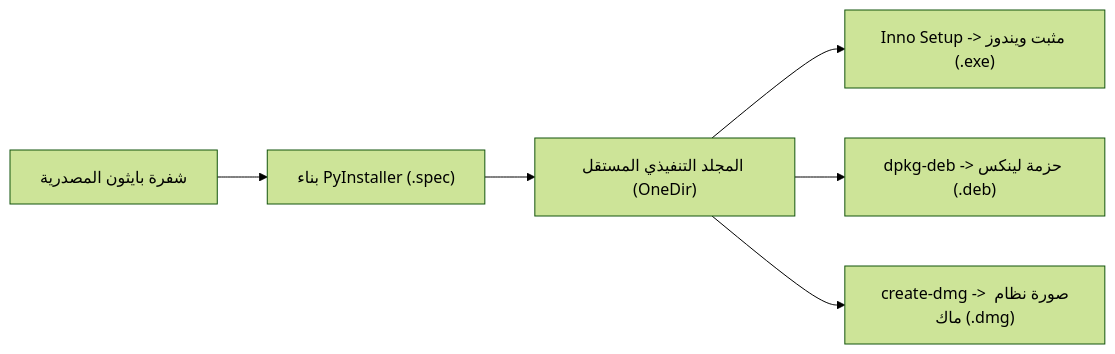
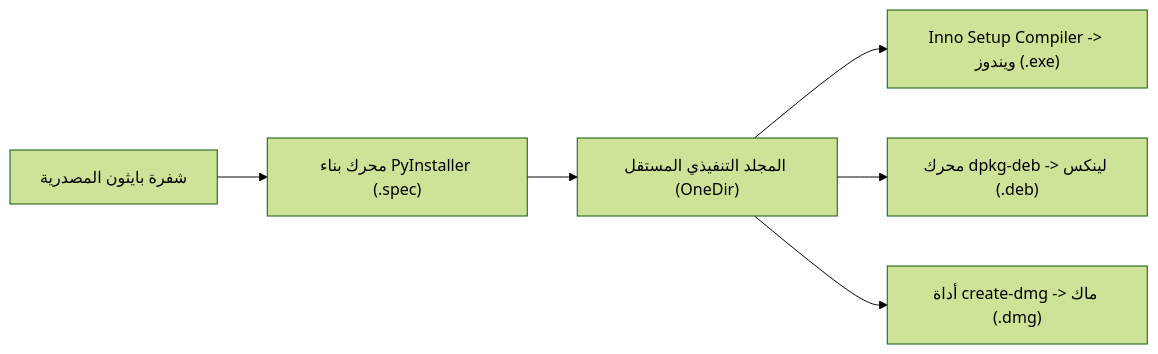
One commit to Arean82/Tailscale-Headscale-Client changed the third of 3 diagrams in Docs/README_ar.md. Above: the diagram before and after it, drawn with Mermaid (forest theme). The commit also changed other lines of this file and 3 other files, not shown here.

````diff
--- a/Docs/README_ar.md
+++ b/Docs/README_ar.md
@@ -167,8 +176,8 @@
 ```mermaid
 graph LR
-    SRC["شفرة بايثون المصدرية"] --> PYI["بناء PyInstaller (.spec)"]
+    SRC["شفرة بايثون المصدرية"] --> PYI["محرك بناء PyInstaller (.spec)"]
     PYI --> DIR["المجلد التنفيذي المستقل (OneDir)"]
-    DIR --> WIN["Inno Setup -> مثبت ويندوز (.exe)"]
-    DIR --> DEB["dpkg-deb -> حزمة لينكس (.deb)"]
-    DIR --> MAC["create-dmg -> صورة نظام ماك (.dmg)"]
+    DIR --> WIN["Inno Setup Compiler -> ويندوز (.exe)"]
+    DIR --> DEB["محرك dpkg-deb -> لينكس (.deb)"]
+    DIR --> MAC["أداة create-dmg -> ماك (.dmg)"]
 ```
````
